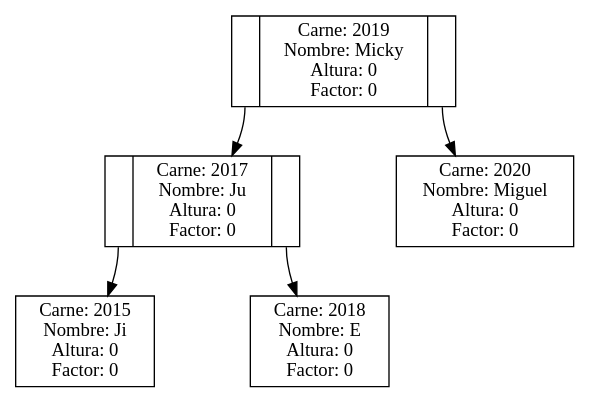
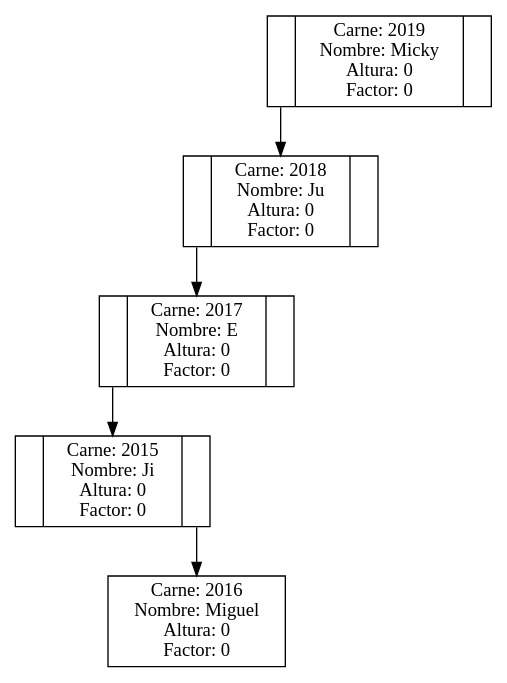
The diagram in graficaAVL.dot (MickysxD/EDD_2S2019_P2_201700543), drawn with Graphviz before and after one commit. The commit also changed 5 other files, not shown here.

```diff
--- a/graficaAVL.dot
+++ b/graficaAVL.dot
@@ -1,16 +1,18 @@
 digraph grafico{
 node [shape = record];
 graph [nodesep = 1];
 rankdir=TB;
 "2019"[label= "<C0>| Carne: 2019\nNombre: Micky\nAltura: 0\nFactor: 0|<C1>"];
-"2017"[label= "<C0>| Carne: 2017\nNombre: Ju\nAltura: 0\nFactor: 0|<C1>"];
-"2015"[label= "Carne: 2015\nNombre: Ji\nAltura: 0\nFactor: 0"];
+"2018"[label= "<C0>| Carne: 2018\nNombre: Ju\nAltura: 0\nFactor: 0|<C1>"];
+"2017"[label= "<C0>| Carne: 2017\nNombre: E\nAltura: 0\nFactor: 0|<C1>"];
+"2015"[label= "<C0>| Carne: 2015\nNombre: Ji\nAltura: 0\nFactor: 0|<C1>"];
+"2016"[label= "Carne: 2016\nNombre: Miguel\nAltura: 0\nFactor: 0"];
+"2015":C1->"2016";
+{rank=same; "2016" }
 "2017":C0->"2015";
-"2018"[label= "Carne: 2018\nNombre: E\nAltura: 0\nFactor: 0"];
-"2017":C1->"2018";
-{rank=same; "2015" "2018" }
-"2019":C0->"2017";
-"2020"[label= "Carne: 2020\nNombre: Miguel\nAltura: 0\nFactor: 0"];
-"2019":C1->"2020";
-{rank=same; "2017" "2020" }
+{rank=same; "2015" }
+"2018":C0->"2017";
+{rank=same; "2017" }
+"2019":C0->"2018";
+{rank=same; "2018" }
 }
```
